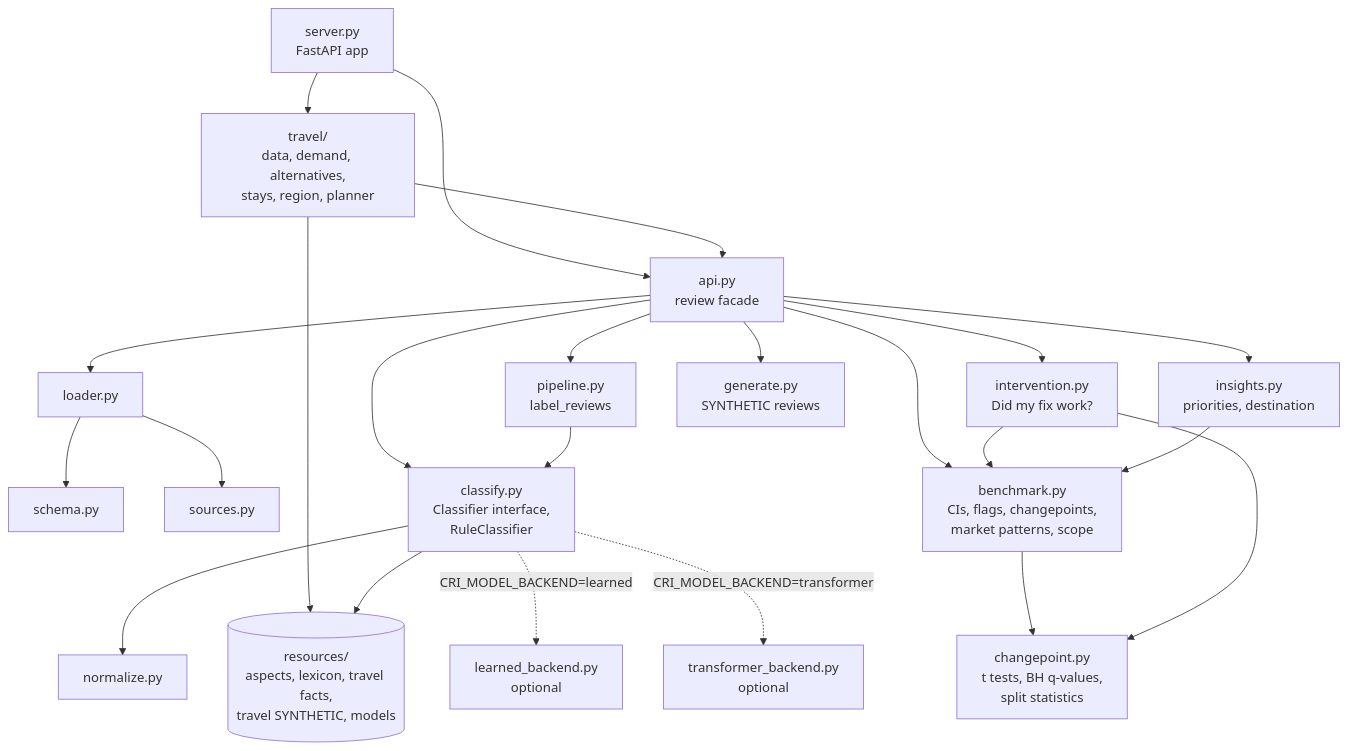
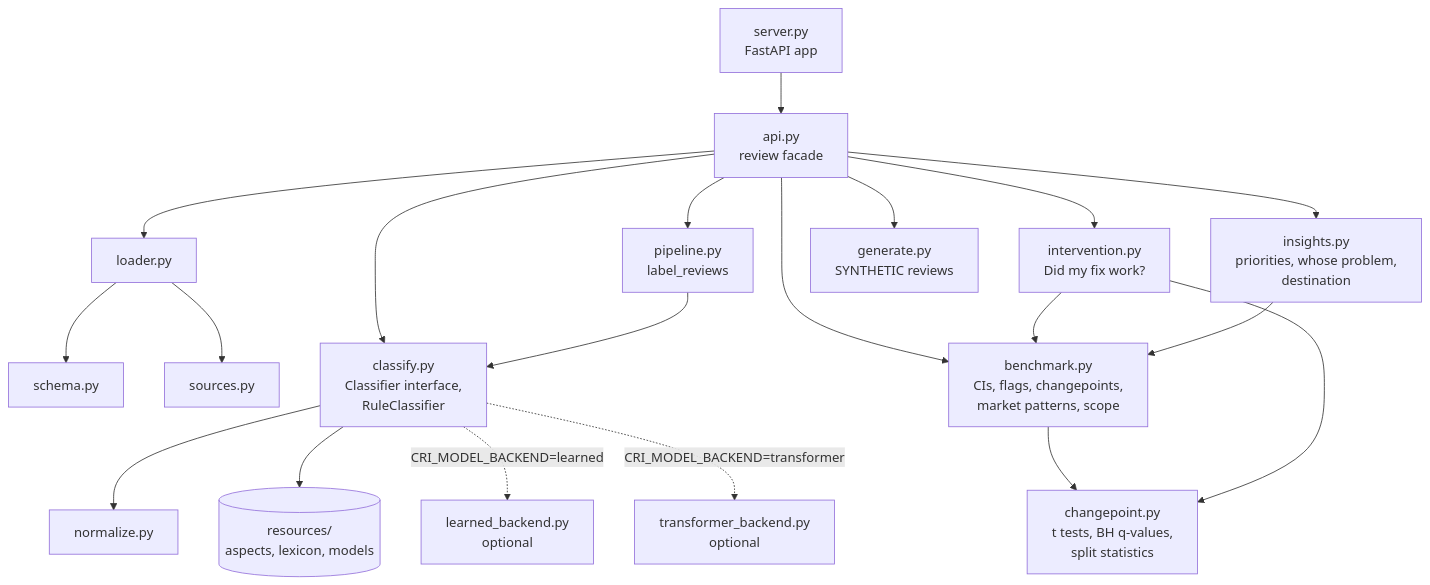
Before and after one commit to AnubhavKiroula/cluster-review-intelligence: the second of 10 diagrams in README.md, drawn with Mermaid. The commit also changed other lines of this file and 5 other files, not shown here.

````diff
--- a/README.md
+++ b/README.md
@@ -167,32 +157,30 @@
 ```mermaid
 flowchart TB
     server["server.py<br/>FastAPI app"]
     api["api.py<br/>review facade"]
-    travel["travel/<br/>data, demand, alternatives,<br/>stays, region, planner"]
     pipeline["pipeline.py<br/>label_reviews"]
     loader["loader.py"]
     schema["schema.py"]
     sources["sources.py"]
     normalize["normalize.py"]
     classify["classify.py<br/>Classifier interface,<br/>RuleClassifier"]
     learned["learned_backend.py<br/>optional"]
     tb["transformer_backend.py<br/>optional"]
     benchmark["benchmark.py<br/>CIs, flags, changepoints,<br/>market patterns, scope"]
     changepoint["changepoint.py<br/>t tests, BH q-values,<br/>split statistics"]
     intervention["intervention.py<br/>Did my fix work?"]
-    insights["insights.py<br/>priorities, destination"]
+    insights["insights.py<br/>priorities, whose problem,<br/>destination"]
     generate["generate.py<br/>SYNTHETIC reviews"]
-    res[("resources/<br/>aspects, lexicon, travel facts,<br/>travel SYNTHETIC, models")]
+    res[("resources/<br/>aspects, lexicon, models")]
 
-    server --> api & travel
-    travel --> api & res
+    server --> api
     api --> loader & pipeline & benchmark & insights & intervention & generate & classify
     loader --> schema & sources
     pipeline --> classify
     classify --> normalize & res
     classify -. "CRI_MODEL_BACKEND=learned" .-> learned
     classify -. "CRI_MODEL_BACKEND=transformer" .-> tb
     benchmark --> changepoint
     intervention --> benchmark & changepoint
     insights --> benchmark
 ```
````
